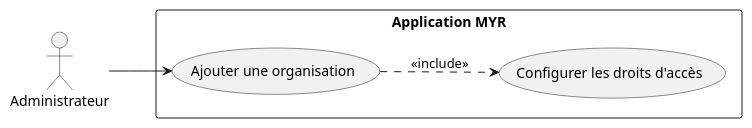
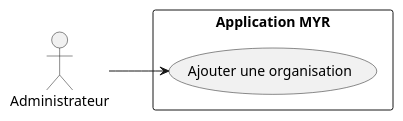
The first of 2 diagrams in specs/1-Expression/UCADM-Administration/UCADM01.md (olivaux/myr), drawn with PlantUML before and after one commit. The commit also changed other lines of this file and 12 other files, not shown here.

````diff
--- a/specs/1-Expression/UCADM-Administration/UCADM01.md
+++ b/specs/1-Expression/UCADM-Administration/UCADM01.md
@@ -10,16 +10,14 @@
 ```plantuml
 @startuml
 left to right direction
 
 actor "Administrateur" as ADM
 
 rectangle "Application MYR" {
     usecase "Ajouter une organisation" as UC1
-    usecase "Configurer les droits d'accès" as UC2
 }
 
 ADM --> UC1
-UC1 ..> UC2 : <<include>>
 
 @enduml
 ```
````
